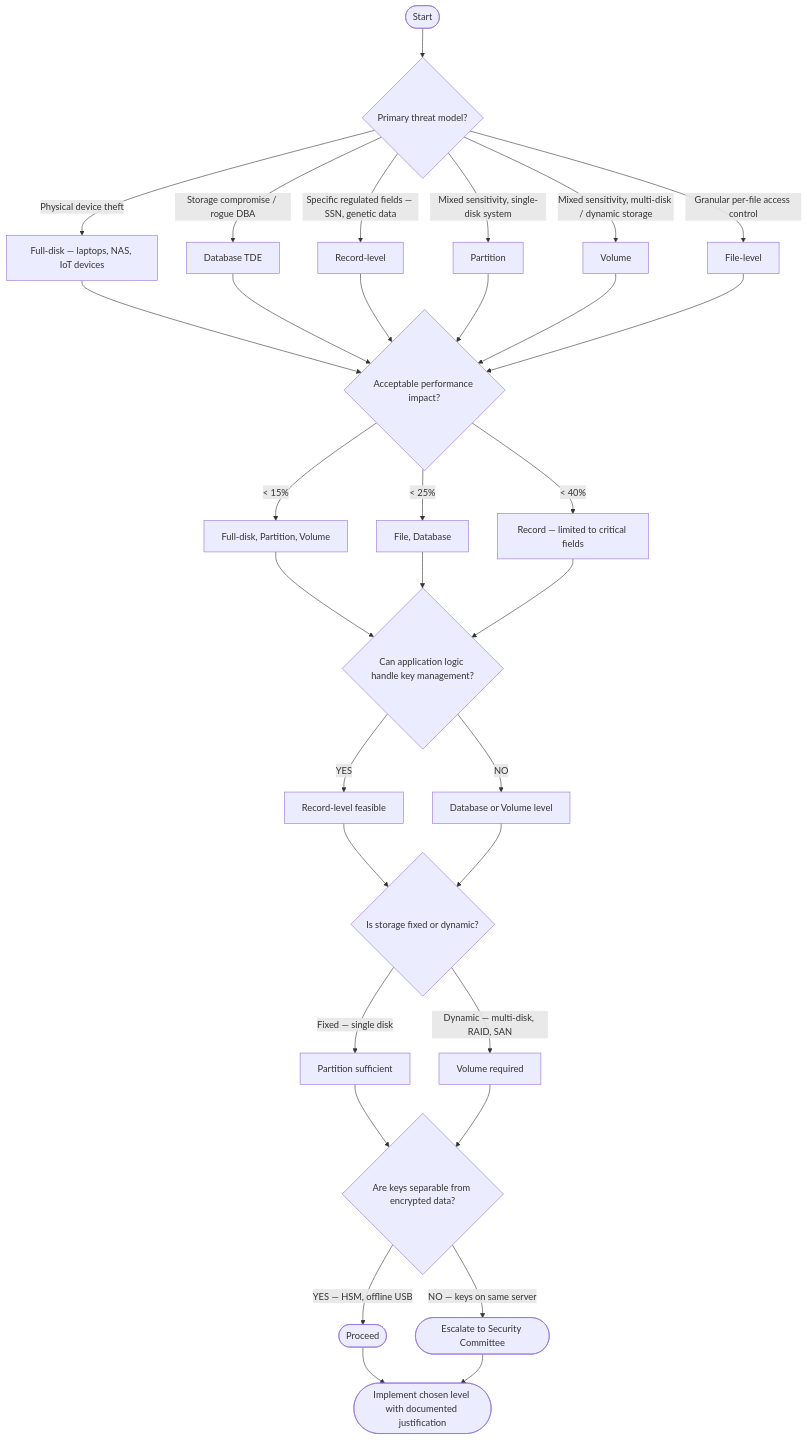
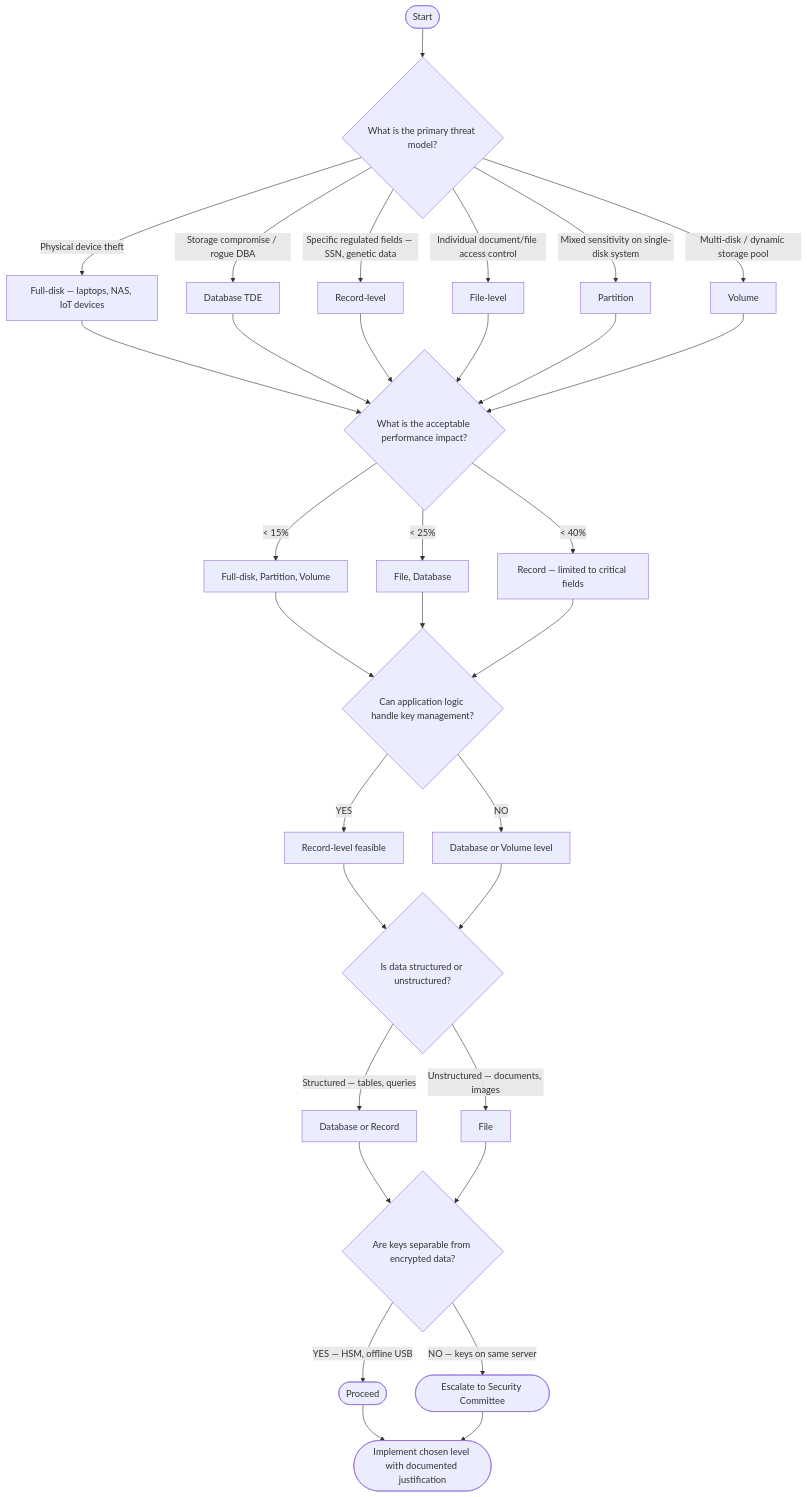
Before and after one commit to sreilly1977/dlh-cyber_security: the diagram in blue_team/1x04_crypto_foundation/13-encryption_levels.md, drawn with Mermaid. The commit also changed other lines of this file, not shown here.

Commit message:
Edited 13-encryption

````diff
--- a/blue_team/1x04_crypto_foundation/13-encryption_levels.md
+++ b/blue_team/1x04_crypto_foundation/13-encryption_levels.md
@@ -232,48 +236,48 @@
 ```mermaid
 flowchart TD
-    Start([Start]) --> TM{Primary threat model?}
+    Start([Start]) --> TM{What is the primary threat model?}
 
     TM -->|Physical device theft| TM1[Full-disk — laptops, NAS, IoT devices]
     TM -->|Storage compromise / rogue DBA| TM2[Database TDE]
     TM -->|Specific regulated fields — SSN, genetic data| TM3[Record-level]
-    TM -->|Mixed sensitivity, single-disk system| TM4[Partition]
-    TM -->|Mixed sensitivity, multi-disk / dynamic storage| TM5[Volume]
-    TM -->|Granular per-file access control| TM6[File-level]
+    TM -->|Individual document/file access control| TM4[File-level]
+    TM -->|Mixed sensitivity on single-disk system| TM5[Partition]
+    TM -->|Multi-disk / dynamic storage pool| TM6[Volume]
 
     TM1 --> PI
     TM2 --> PI
     TM3 --> PI
     TM4 --> PI
     TM5 --> PI
     TM6 --> PI
 
-    PI{Acceptable performance impact?}
+    PI{What is the acceptable performance impact?}
     PI -->|< 15%| PI1[Full-disk, Partition, Volume]
     PI -->|< 25%| PI2[File, Database]
     PI -->|< 40%| PI3[Record — limited to critical fields]
 
     PI1 --> AK
     PI2 --> AK
     PI3 --> AK
 
     AK{Can application logic handle key management?}
     AK -->|YES| AK1[Record-level feasible]
     AK -->|NO| AK2[Database or Volume level]
 
-    AK1 --> ST
-    AK2 --> ST
+    AK1 --> DS
+    AK2 --> DS
 
-    ST{Is storage fixed or dynamic?}
-    ST -->|Fixed — single disk| ST1[Partition sufficient]
-    ST -->|Dynamic — multi-disk, RAID, SAN| ST2[Volume required]
+    DS{Is data structured or unstructured?}
+    DS -->|Structured — tables, queries| DS1[Database or Record]
+    DS -->|Unstructured — documents, images| DS2[File]
 
-    ST1 --> KS
-    ST2 --> KS
+    DS1 --> KS
+    DS2 --> KS
 
     KS{Are keys separable from encrypted data?}
     KS -->|YES — HSM, offline USB| KS1([Proceed])
     KS -->|NO — keys on same server| KS2([Escalate to Security Committee])
 
     KS1 --> Result([Implement chosen level with documented justification])
     KS2 --> Result
 ```
````
